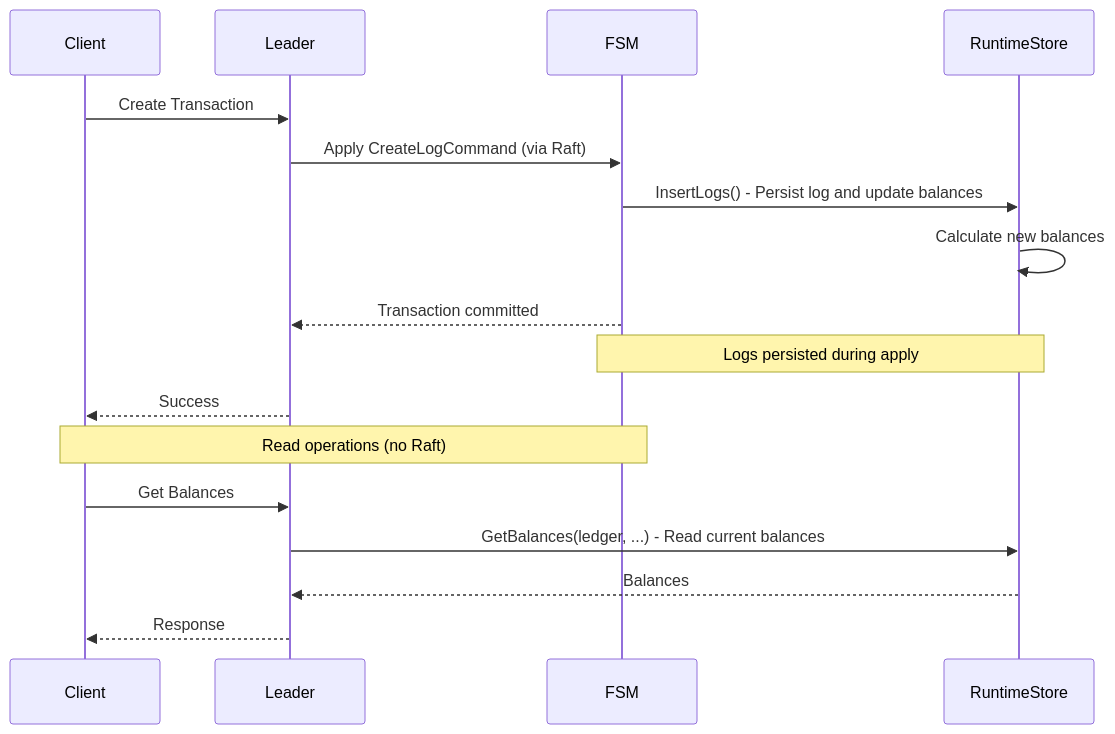
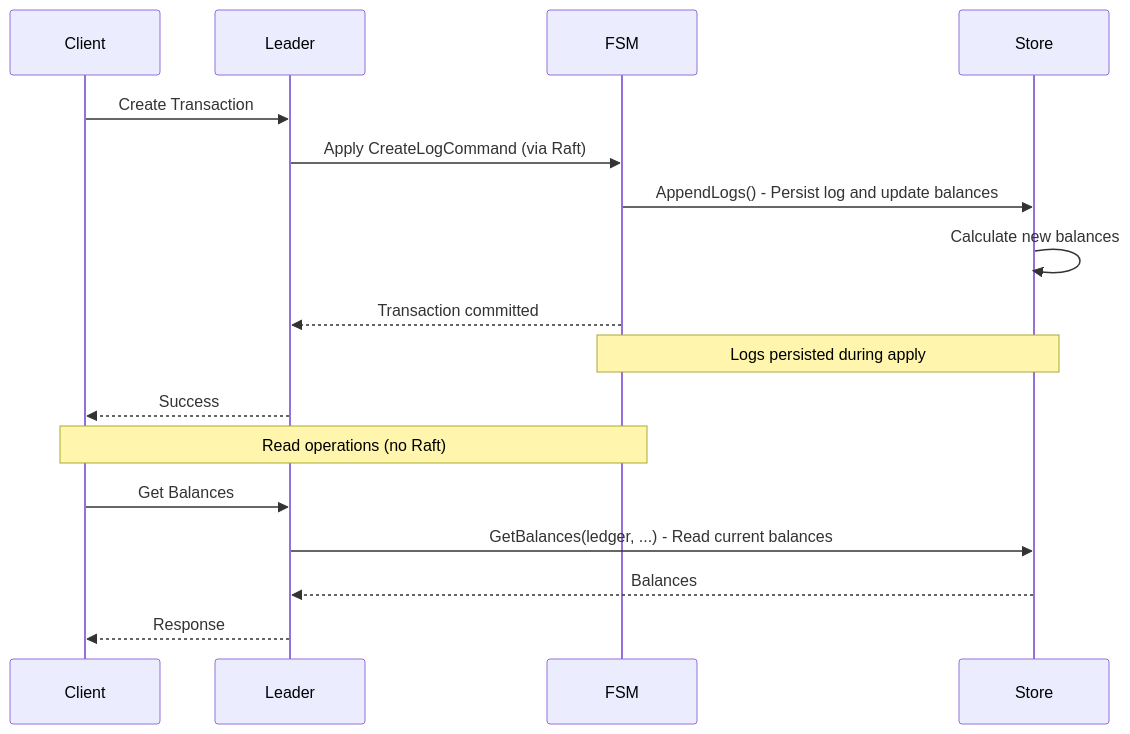
One commit to formancehq/ledger changed the fourth of 4 diagrams in docs/buckets-ledgers.md. Above: the diagram before and after it, drawn with Mermaid. The commit also changed other lines of this file and 31 other files, not shown here.

````diff
--- a/docs/buckets-ledgers.md
+++ b/docs/buckets-ledgers.md
@@ -250,21 +253,21 @@
 ```mermaid
 sequenceDiagram
     participant Client
     participant Leader
     participant FSM
-    participant RuntimeStore
+    participant Store
     
     Client->>Leader: Create Transaction
     Leader->>FSM: Apply CreateLogCommand (via Raft)
-    FSM->>RuntimeStore: InsertLogs() - Persist log and update balances
-    RuntimeStore->>RuntimeStore: Calculate new balances
+    FSM->>Store: AppendLogs() - Persist log and update balances
+    Store->>Store: Calculate new balances
     FSM-->>Leader: Transaction committed
-    Note over FSM,RuntimeStore: Logs persisted during apply
+    Note over FSM,Store: Logs persisted during apply
     Leader-->>Client: Success
     
     Note over Client,FSM: Read operations (no Raft)
     Client->>Leader: Get Balances
-    Leader->>RuntimeStore: GetBalances(ledger, ...) - Read current balances
-    RuntimeStore-->>Leader: Balances
+    Leader->>Store: GetBalances(ledger, ...) - Read current balances
+    Store-->>Leader: Balances
     Leader-->>Client: Response
 ```
````
